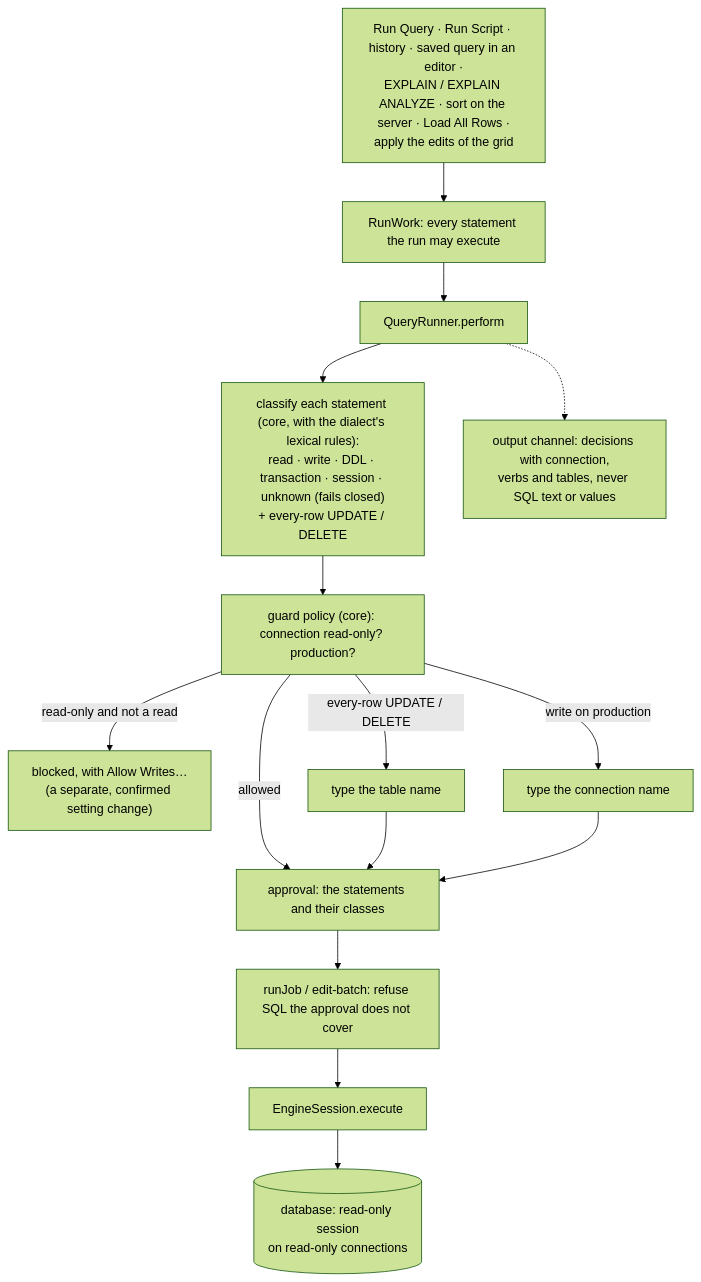
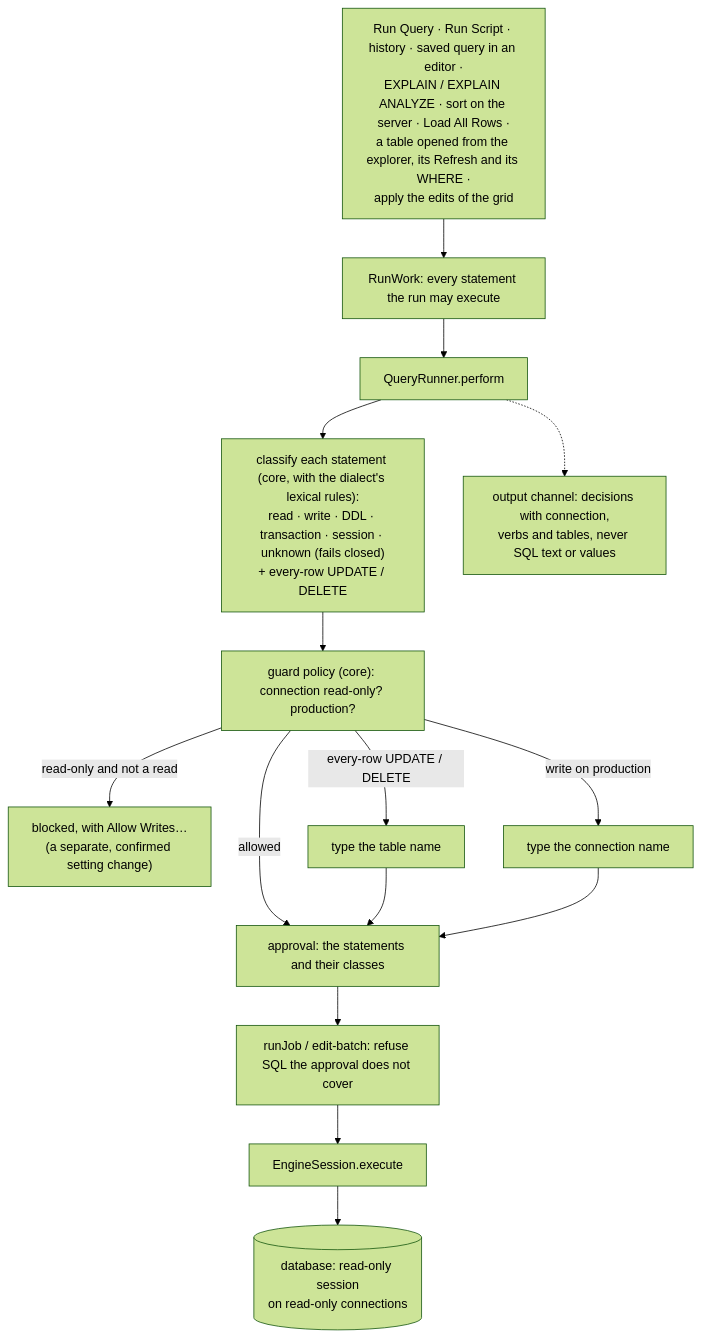
One commit to mathmed/sqldoro changed the third of 5 diagrams in docs/ARCHITECTURE.md. Above: the diagram before and after it, drawn with Mermaid (forest theme). The commit also changed other lines of this file and 89 other files, not shown here.

Commit message:
feat: friendlier result grid and table view (#11)

````diff
--- a/docs/ARCHITECTURE.md
+++ b/docs/ARCHITECTURE.md
@@ -90,18 +90,18 @@
 ```mermaid
 flowchart TB
-  sources["Run Query · Run Script · history · saved query in an editor ·<br/>EXPLAIN / EXPLAIN ANALYZE · sort on the server · Load All Rows ·<br/>apply the edits of the grid"]
+  sources["Run Query · Run Script · history · saved query in an editor ·<br/>EXPLAIN / EXPLAIN ANALYZE · sort on the server · Load All Rows ·<br/>a table opened from the explorer, its Refresh and its WHERE ·<br/>apply the edits of the grid"]
   sources --> work["RunWork: every statement the run may execute"]
   work --> perform["QueryRunner.perform"]
   perform --> classify["classify each statement (core, with the dialect's lexical rules):<br/>read · write · DDL · transaction · session · unknown (fails closed)<br/>+ every-row UPDATE / DELETE"]
   classify --> policy["guard policy (core): connection read-only? production?"]
   policy -->|"read-only and not a read"| block["blocked, with Allow Writes…<br/>(a separate, confirmed setting change)"]
   policy -->|"every-row UPDATE / DELETE"| typeTable["type the table name"]
   policy -->|"write on production"| typeName["type the connection name"]
   policy -->|"allowed"| approval
   typeTable --> approval["approval: the statements and their classes"]
   typeName --> approval
   approval --> runJob["runJob / edit-batch: refuse SQL the approval does not cover"]
   runJob --> execute["EngineSession.execute"]
   execute --> server[("database: read-only session<br/>on read-only connections")]
   perform -.-> log["output channel: decisions with connection,<br/>verbs and tables, never SQL text or values"]
 ```
````
